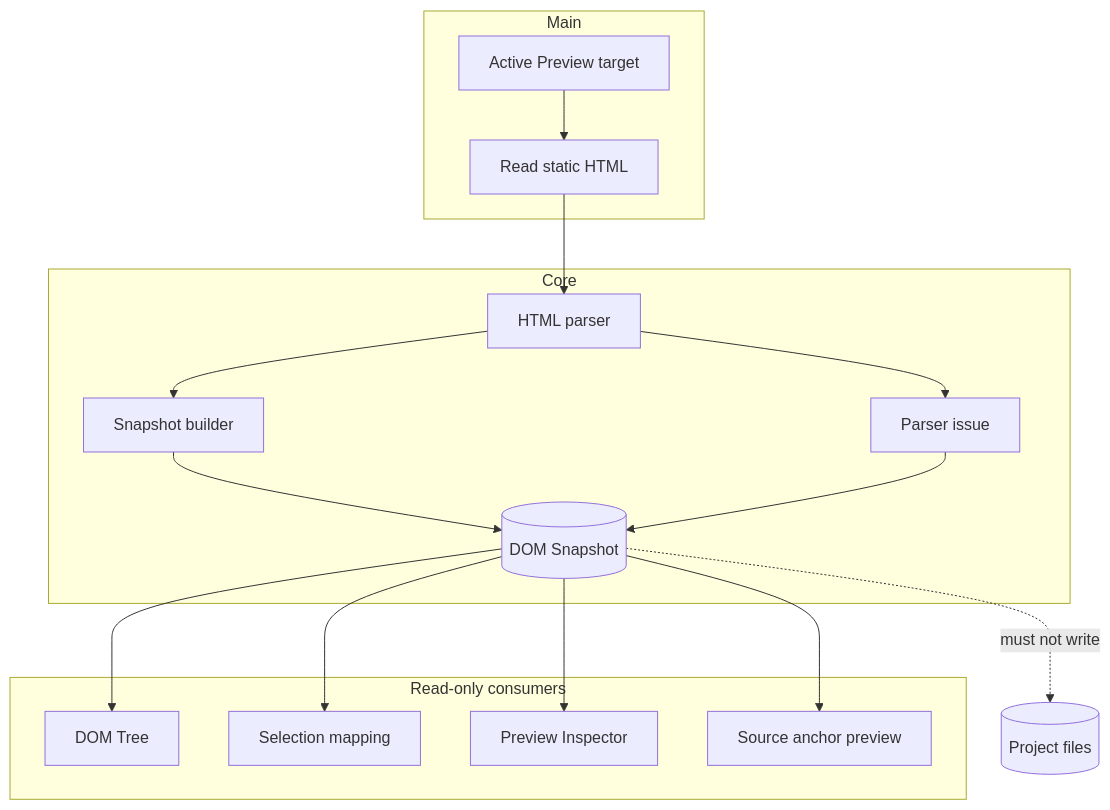
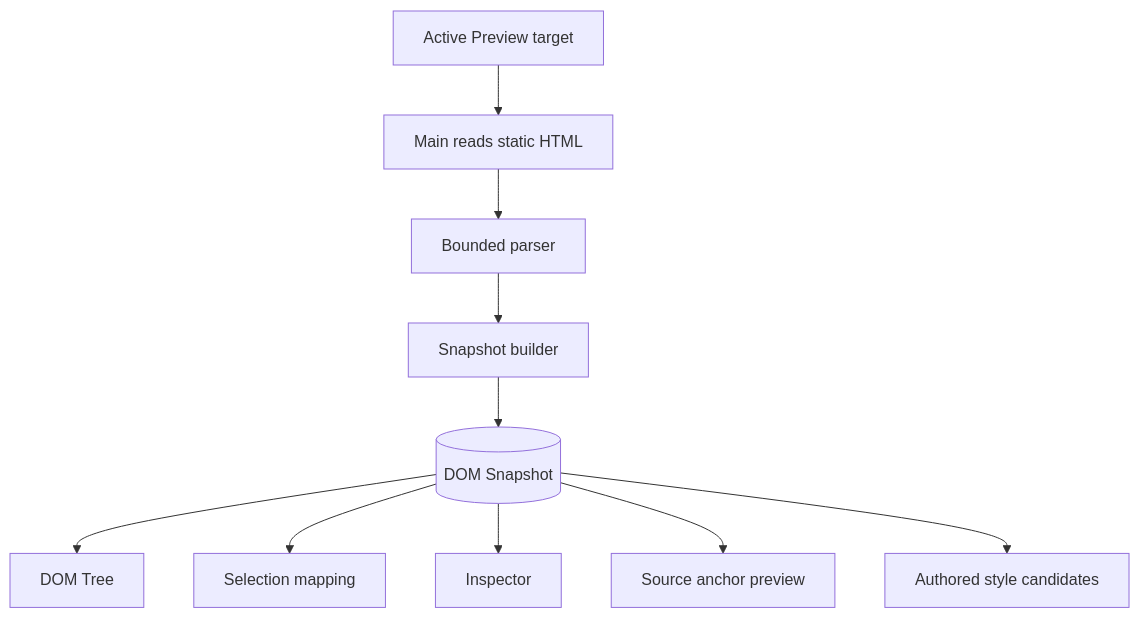
The diagram in docs/architecture/preview/dom-snapshot.md (krestosa/Crystal), drawn with Mermaid before and after one commit. The commit also changed other lines of this file and 60 other files, not shown here.

````diff
--- a/docs/architecture/preview/dom-snapshot.md
+++ b/docs/architecture/preview/dom-snapshot.md
@@ -66,30 +46,12 @@
 ```mermaid
 flowchart TD
-  subgraph Main[Main]
-    Target[Active Preview target]
-    SourceRead[Read static HTML]
-  end
-
-  subgraph Core[Core]
-    Parser[HTML parser]
-    Builder[Snapshot builder]
-    Snapshot[(DOM Snapshot)]
-    Issue[Parser issue]
-  end
-
-  subgraph Consumers[Read-only consumers]
-    Tree[DOM Tree]
-    Mapping[Selection mapping]
-    Inspector[Preview Inspector]
-    Anchor[Source anchor preview]
-  end
-
-  Target --> SourceRead --> Parser
-  Parser --> Builder --> Snapshot
-  Parser --> Issue --> Snapshot
-  Snapshot --> Tree
-  Snapshot --> Mapping
-  Snapshot --> Inspector
-  Snapshot --> Anchor
-  Snapshot -. must not write .-> Files[(Project files)]
+  Target[Active Preview target] --> Read[Main reads static HTML]
+  Read --> Parser[Bounded parser]
+  Parser --> Builder[Snapshot builder]
+  Builder --> Snapshot[(DOM Snapshot)]
+  Snapshot --> Tree[DOM Tree]
+  Snapshot --> Mapping[Selection mapping]
+  Snapshot --> Inspector[Inspector]
+  Snapshot --> Anchors[Source anchor preview]
+  Snapshot --> Styles[Authored style candidates]
 ```
````
